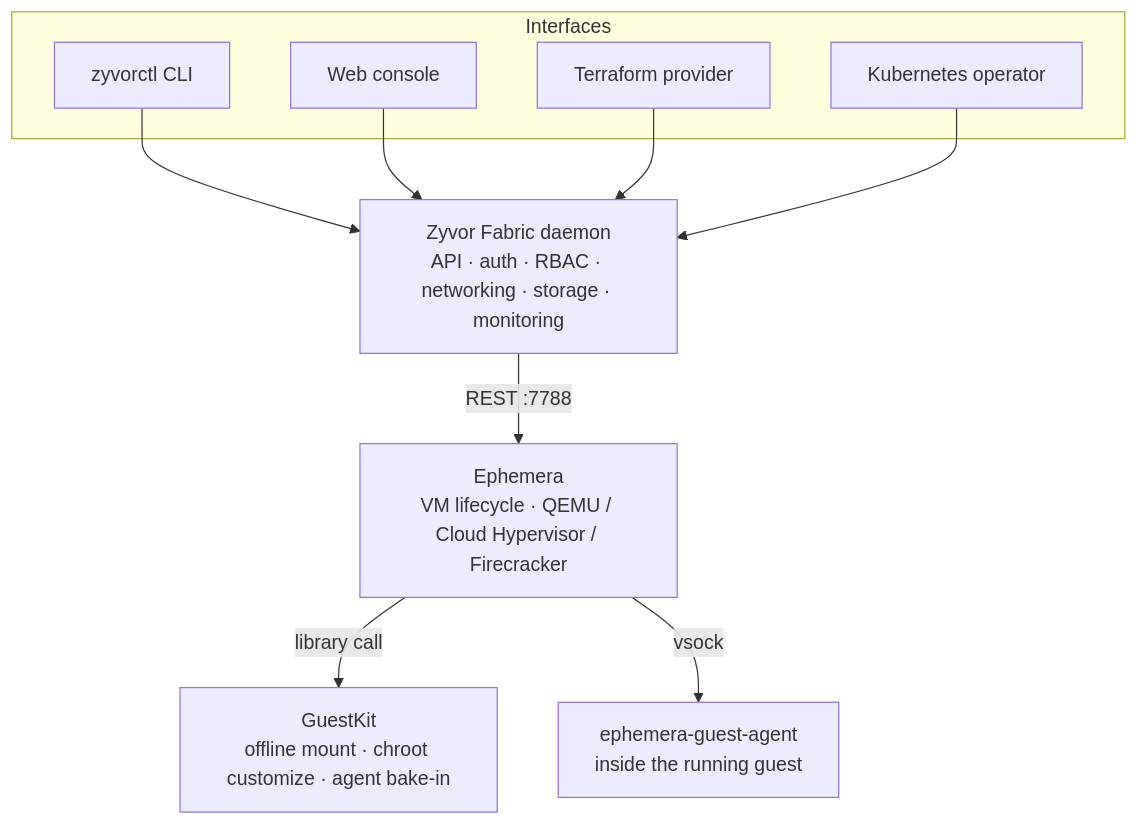
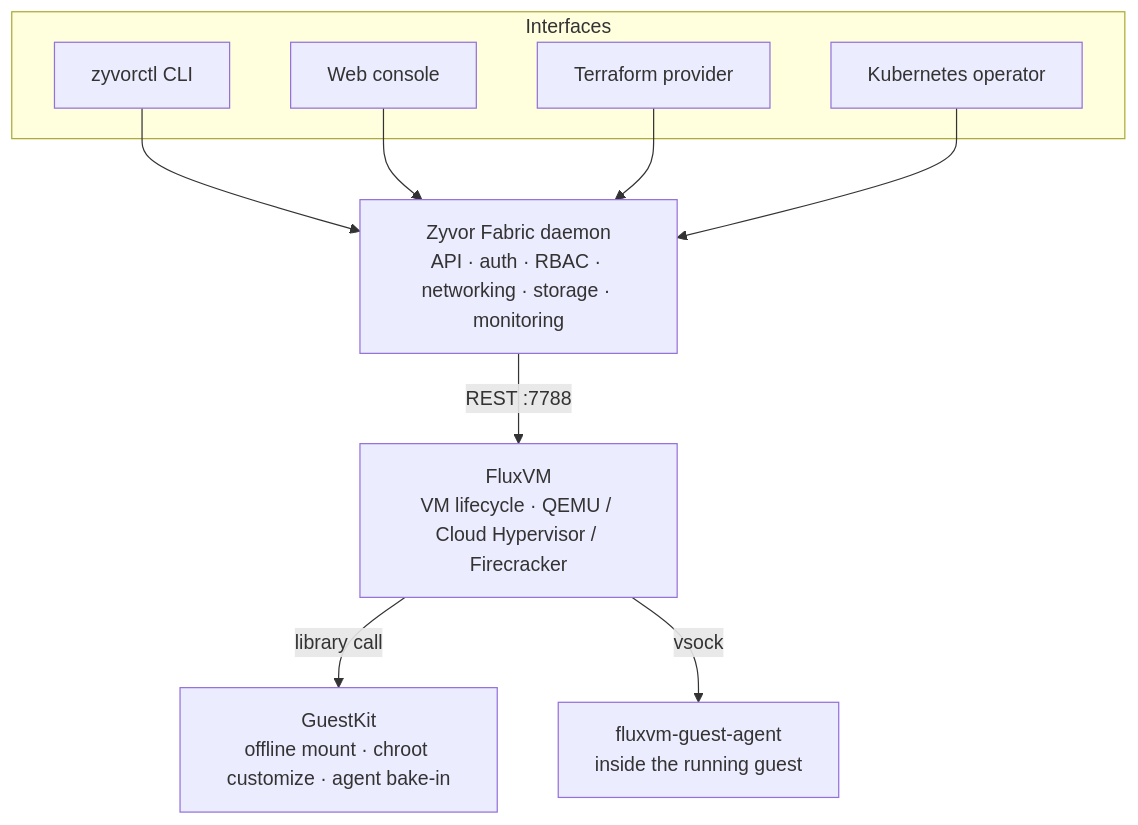
One commit to zyvorai/fabric changed the diagram in README.md. Above: the diagram before and after it, drawn with Mermaid. The commit also changed other lines of this file and 105 other files, not shown here.

First line of the commit message:
Rename Ephemera VM driver integration to FluxVM.

````diff
--- a/README.md
+++ b/README.md
@@ -59,18 +59,18 @@
 ```mermaid
 flowchart TB
   subgraph Interfaces
     CLI[zyvorctl CLI]
     Web[Web console]
     TF[Terraform provider]
     Op[Kubernetes operator]
   end
   CLI --> Daemon
   Web --> Daemon
   TF --> Daemon
   Op --> Daemon
 
   Daemon[Zyvor Fabric daemon<br/>API · auth · RBAC · networking · storage · monitoring]
-  Daemon -- REST :7788 --> Eph[Ephemera<br/>VM lifecycle · QEMU / Cloud Hypervisor / Firecracker]
-  Eph -- library call --> GK[GuestKit<br/>offline mount · chroot customize · agent bake-in]
-  Eph -- vsock --> Agent[ephemera-guest-agent<br/>inside the running guest]
+  Daemon -- REST :7788 --> Flux[FluxVM<br/>VM lifecycle · QEMU / Cloud Hypervisor / Firecracker]
+  Flux -- library call --> GK[GuestKit<br/>offline mount · chroot customize · agent bake-in]
+  Flux -- vsock --> Agent[fluxvm-guest-agent<br/>inside the running guest]
 ```
````
